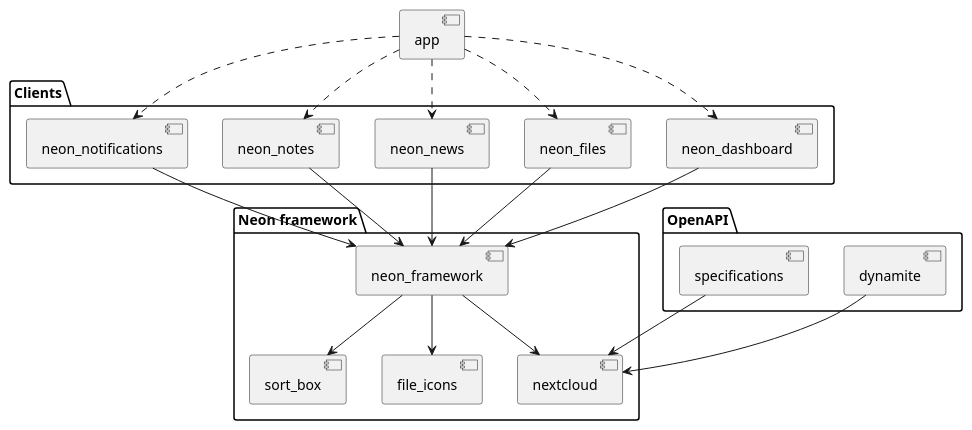
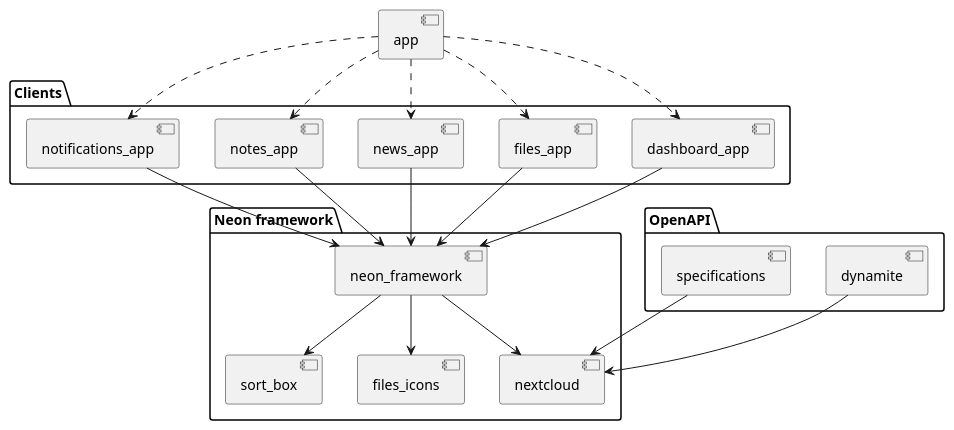
The diagram in docs/architecture.puml (nextcloud/neon), drawn with PlantUML before and after one commit. The commit also changed 913 other files, not shown here.

```diff
--- a/docs/architecture.puml
+++ b/docs/architecture.puml
@@ -1,45 +1,45 @@
 @startuml architecture
 
 package "Neon framework" {
     component neon_framework
     component nextcloud
     component sort_box
-    component file_icons
+    component files_icons
 }
 
 package "Clients" {
-    component neon_dashboard
-    component neon_files
-    component neon_news
-    component neon_notes
-    component neon_notifications
+    component dashboard_app
+    component files_app
+    component news_app
+    component notes_app
+    component notifications_app
 }
 
 package "OpenAPI" {
     component dynamite
     component specifications
 }
 
 component app
 
-app ..> neon_dashboard
-app ..> neon_files
-app ..> neon_news
-app ..> neon_notes
-app ..> neon_notifications
+app ..> dashboard_app
+app ..> files_app
+app ..> news_app
+app ..> notes_app
+app ..> notifications_app
 
-neon_dashboard --> neon_framework
-neon_files --> neon_framework
-neon_news --> neon_framework
-neon_notes --> neon_framework
-neon_notifications --> neon_framework
+dashboard_app --> neon_framework
+files_app --> neon_framework
+news_app --> neon_framework
+notes_app --> neon_framework
+notifications_app --> neon_framework
 
 
 neon_framework --> nextcloud
 neon_framework --> sort_box
-neon_framework --> file_icons
+neon_framework --> files_icons
 
 dynamite --> nextcloud
 specifications --> nextcloud
 
 @enduml
```
